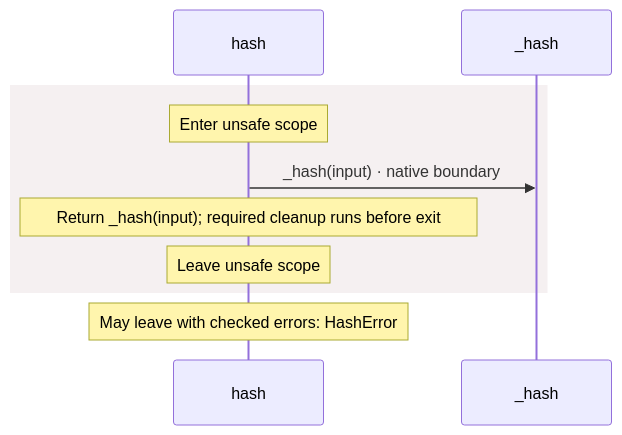
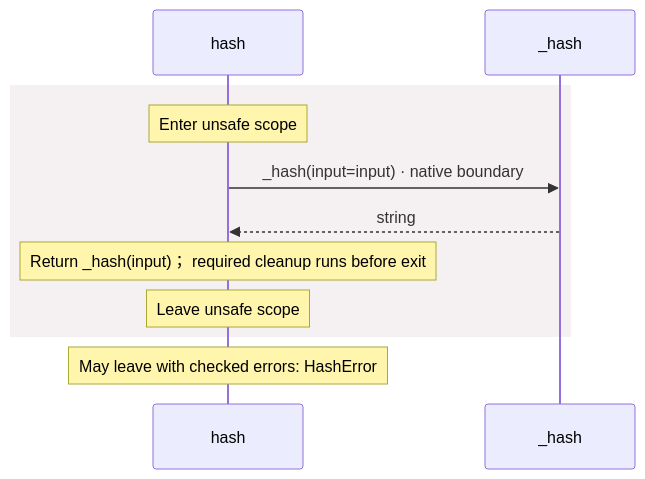
One commit to GreenPandaStudios/augscript changed the second of 2 diagrams in docs/examples/native-blake3/dependencies/packages/@greenpandastudios/aug-blake3/0.1.5/api-diagrams.md. Above: the diagram before and after it, drawn with Mermaid. The commit also changed other lines of this file and 524 other files, not shown here.

Commit message:
Explain checked data flow at folder and service levels

````diff
--- a/docs/examples/native-blake3/dependencies/packages/@greenpandastudios/aug-blake3/0.1.5/api-diagrams.md
+++ b/docs/examples/native-blake3/dependencies/packages/@greenpandastudios/aug-blake3/0.1.5/api-diagrams.md
@@ -54,12 +47,13 @@
 ```mermaid
 sequenceDiagram
     participant p0 as hash
     participant p1 as _hash
     rect rgb(245, 240, 241)
     Note over p0: Enter unsafe scope
-    p0->>p1: _hash(input) · native boundary
-    Note over p0: Return _hash(input)#59; required cleanup runs before exit
+    p0->>p1: _hash(input=input) · native boundary
+    p1-->>p0: string
+    Note over p0: Return _hash(input)； required cleanup runs before exit
     Note over p0: Leave unsafe scope
     end
     Note over p0: May leave with checked errors: HashError
 ```
````
